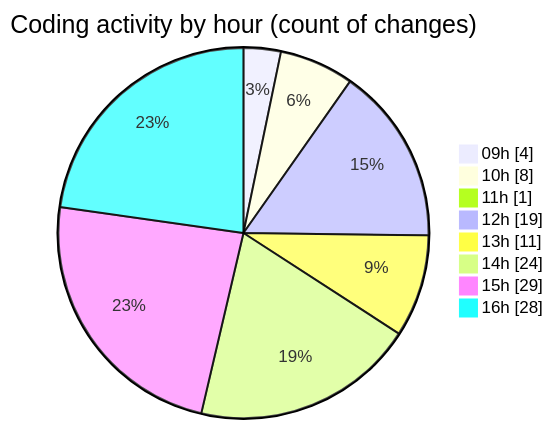
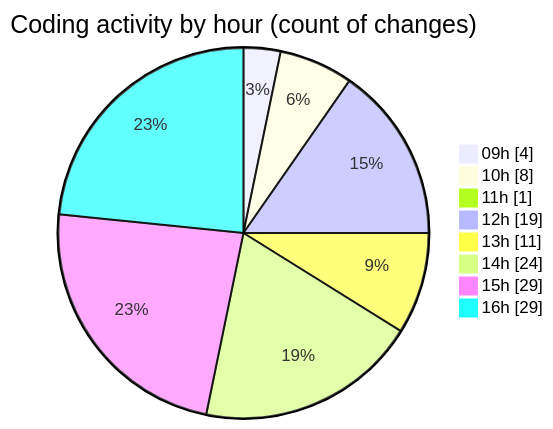
Before and after one commit to nxtqubesakshisongat/code-tracking: the second of 2 diagrams in 2026-02-18/nxtqube_webapp/README.md, drawn with Mermaid. The commit also changed other lines of this file and 1 other file, not shown here.

````diff
--- a/2026-02-18/nxtqube_webapp/README.md
+++ b/2026-02-18/nxtqube_webapp/README.md
@@ -38,12 +38,12 @@
 ```mermaid
 pie showData
 title Coding activity by hour (count of changes)
 "09h" : 4
 "10h" : 8
 "11h" : 1
 "12h" : 19
 "13h" : 11
 "14h" : 24
 "15h" : 29
-"16h" : 28
+"16h" : 29
 ```
````
